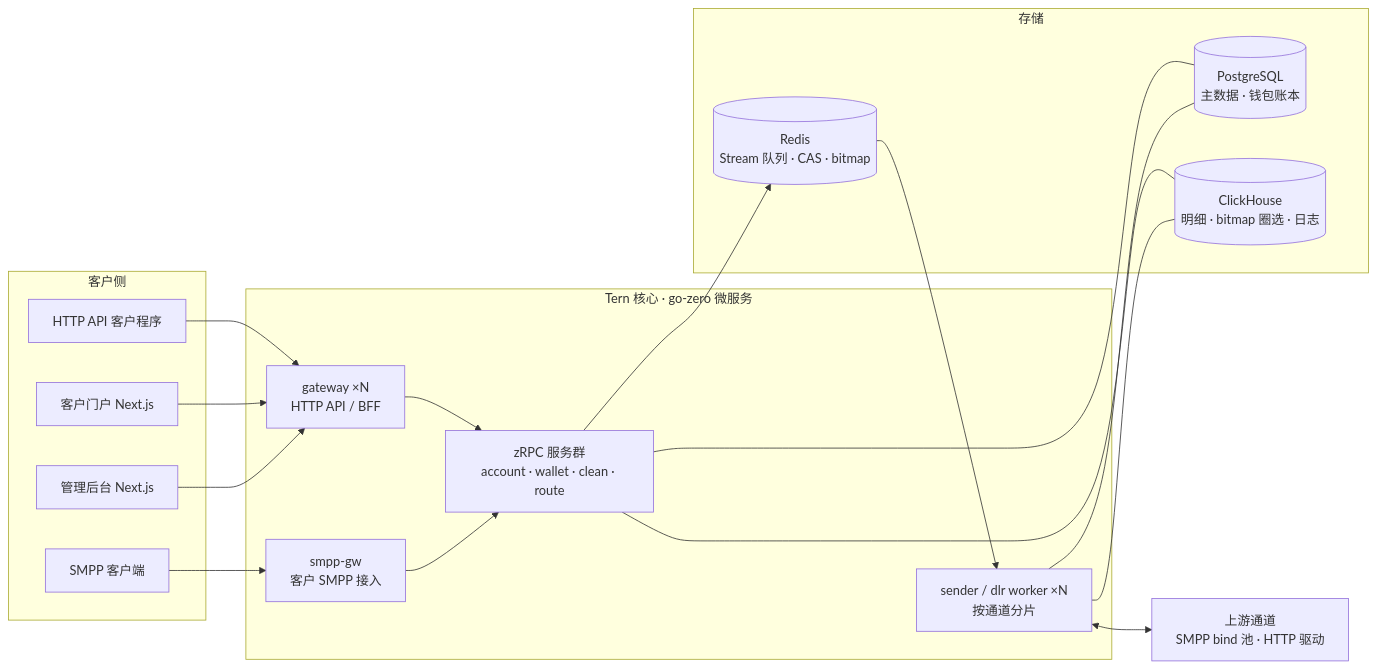
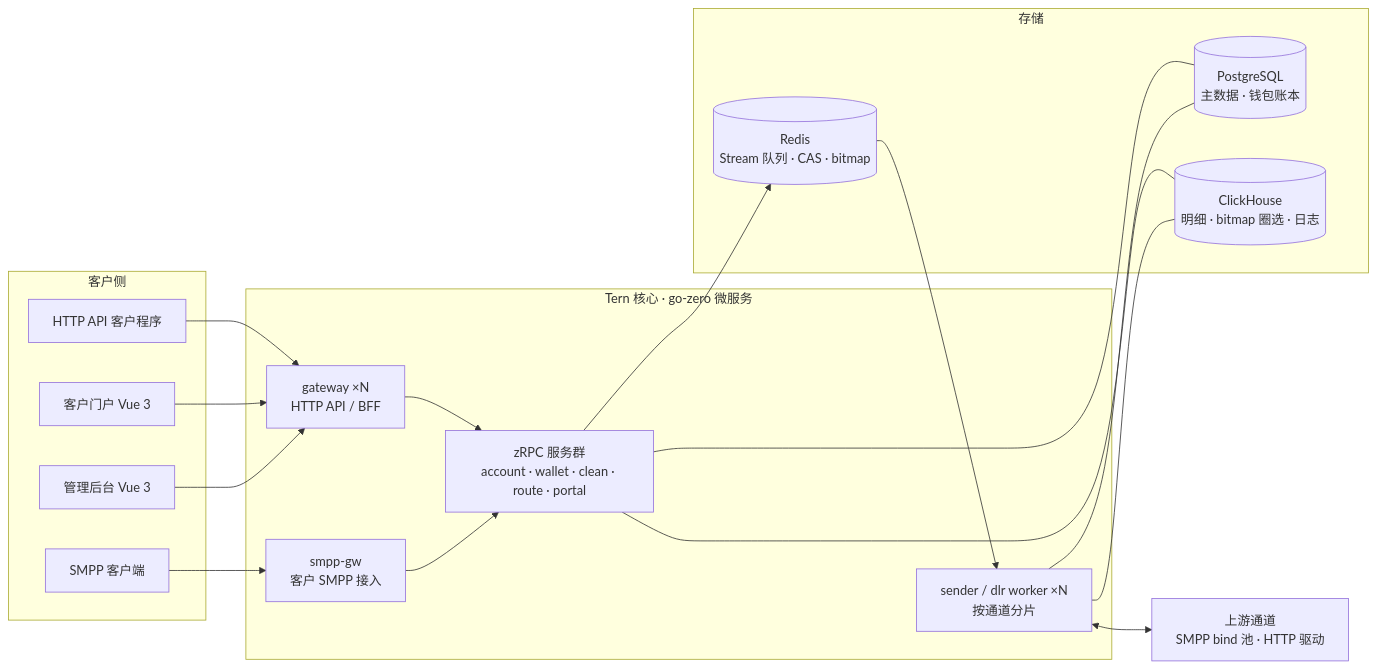
One commit to ternsms/.github changed the diagram in profile/README.md. Above: the diagram before and after it, drawn with Mermaid. The commit also changed other lines of this file, not shown here.

First line of the commit message:
docs(profile): 组织描述更新到 2026-09-04 口径——仓库一览、Vue 3 前端栈、portal-rpc、V0 阶段与状态

````diff
--- a/profile/README.md
+++ b/profile/README.md
@@ -50,26 +58,26 @@
 ```mermaid
 flowchart LR
   subgraph clients[客户侧]
     C1[HTTP API 客户程序]
     C2[SMPP 客户端]
-    C3[客户门户 Next.js]
-    C4[管理后台 Next.js]
+    C3[客户门户 Vue 3]
+    C4[管理后台 Vue 3]
   end
   subgraph core[Tern 核心 · go-zero 微服务]
     GW[gateway ×N<br/>HTTP API / BFF]
     SG[smpp-gw<br/>客户 SMPP 接入]
-    RPC[zRPC 服务群<br/>account · wallet · clean · route]
+    RPC[zRPC 服务群<br/>account · wallet · clean · route · portal]
     WK[sender / dlr worker ×N<br/>按通道分片]
   end
   subgraph store[存储]
     PG[(PostgreSQL<br/>主数据 · 钱包账本)]
     RD[(Redis<br/>Stream 队列 · CAS · bitmap)]
     CH[(ClickHouse<br/>明细 · bitmap 圈选 · 日志)]
   end
   UP[上游通道<br/>SMPP bind 池 · HTTP 驱动]
   C1 & C3 & C4 --> GW
   C2 --> SG
   GW & SG --> RPC
   RPC --> RD --> WK <--> UP
   RPC & WK --- PG & CH
 ```
````
